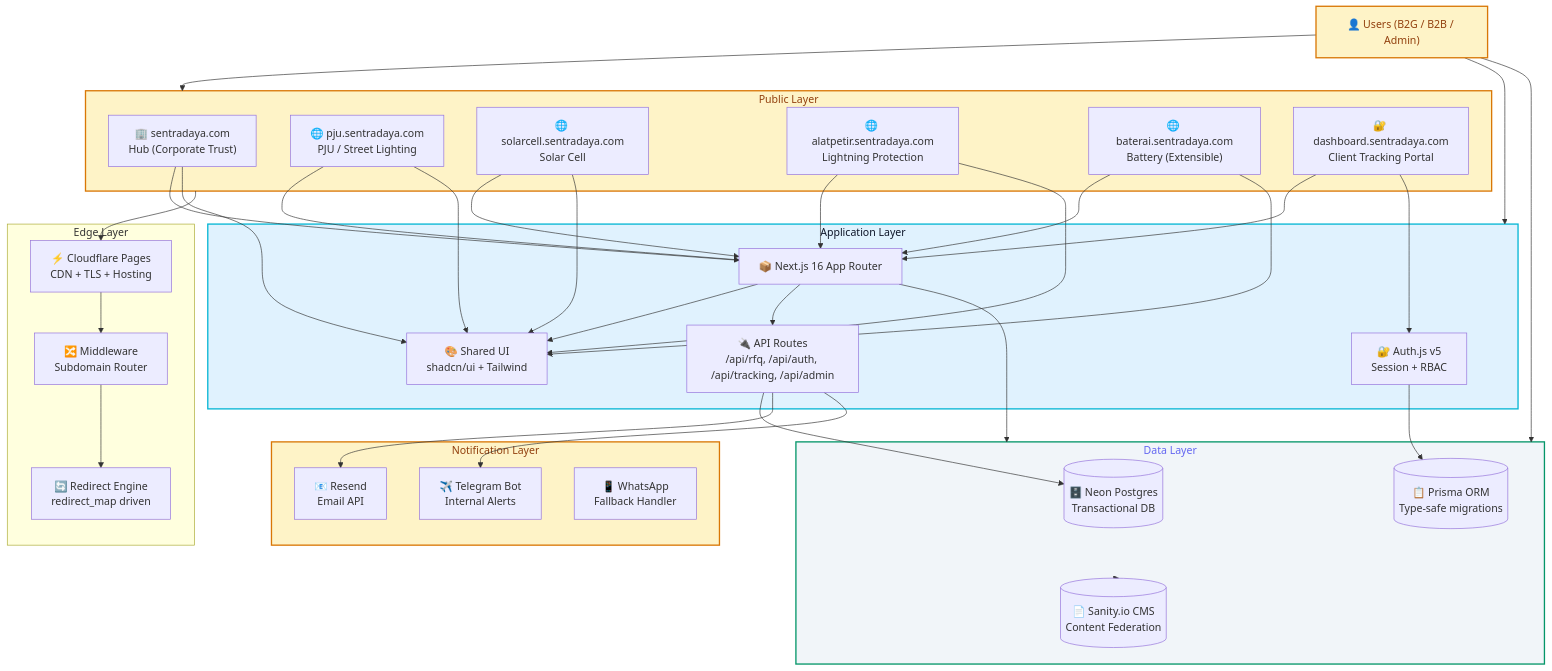
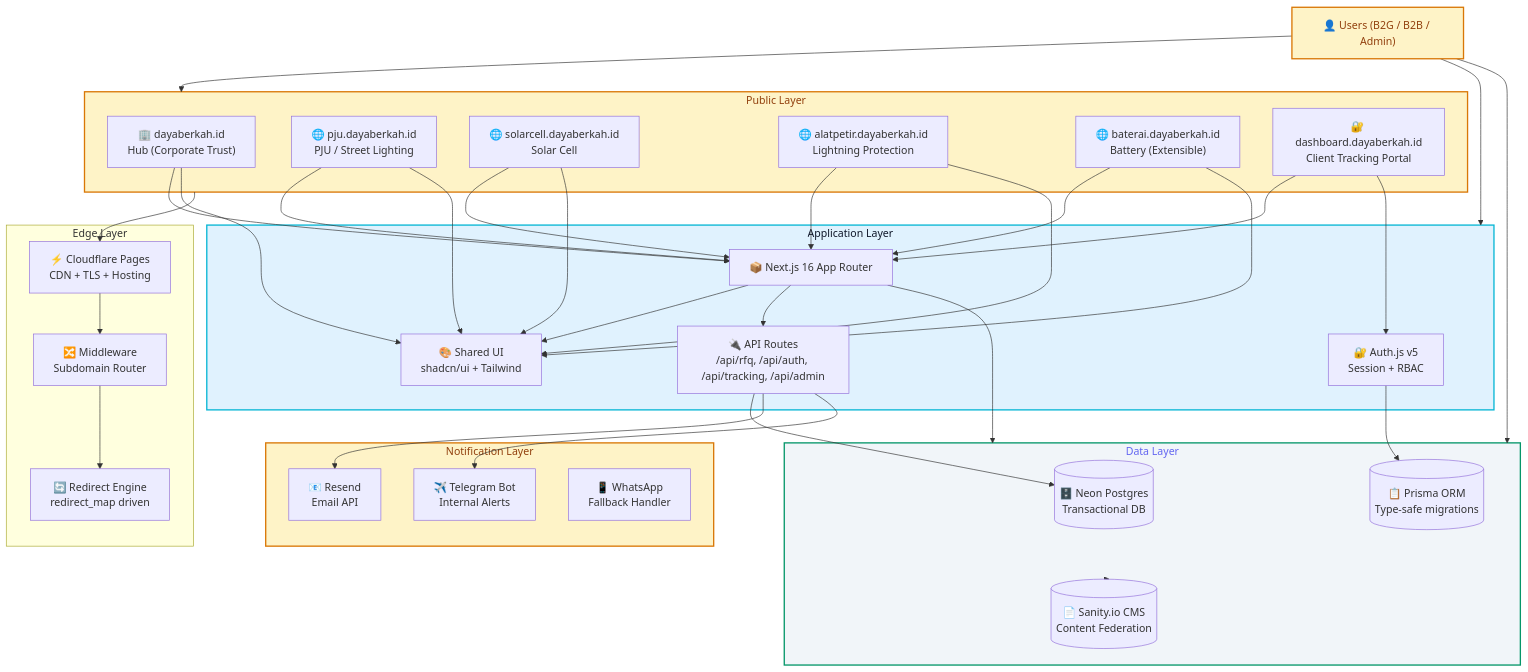
The first of 2 diagrams in docs/core/architecture/tdd-v1.md (pxrzival404/arostech-hub), drawn with Mermaid before and after one commit. The commit also changed other lines of this file and 27 other files, not shown here.

```diff
--- a/docs/core/architecture/tdd-v1.md
+++ b/docs/core/architecture/tdd-v1.md
@@ -90,12 +90,12 @@
     User["👤 Users (B2G / B2B / Admin)"]
     
     subgraph Domains["Public Layer"]
-        HUB["🏢 sentradaya.com\nHub (Corporate Trust)"]
-        PJU["🌐 pju.sentradaya.com\nPJU / Street Lighting"]
-        SOL["🌐 solarcell.sentradaya.com\nSolar Cell"]
-        LGT["🌐 alatpetir.sentradaya.com\nLightning Protection"]
-        BAT["🌐 baterai.sentradaya.com\nBattery (Extensible)"]
-        DASH["🔐 dashboard.sentradaya.com\nClient Tracking Portal"]
+        HUB["🏢 dayaberkah.id\nHub (Corporate Trust)"]
+        PJU["🌐 pju.dayaberkah.id\nPJU / Street Lighting"]
+        SOL["🌐 solarcell.dayaberkah.id\nSolar Cell"]
+        LGT["🌐 alatpetir.dayaberkah.id\nLightning Protection"]
+        BAT["🌐 baterai.dayaberkah.id\nBattery (Extensible)"]
+        DASH["🔐 dashboard.dayaberkah.id\nClient Tracking Portal"]
     end
     
     subgraph Edge["Edge Layer"]
```
